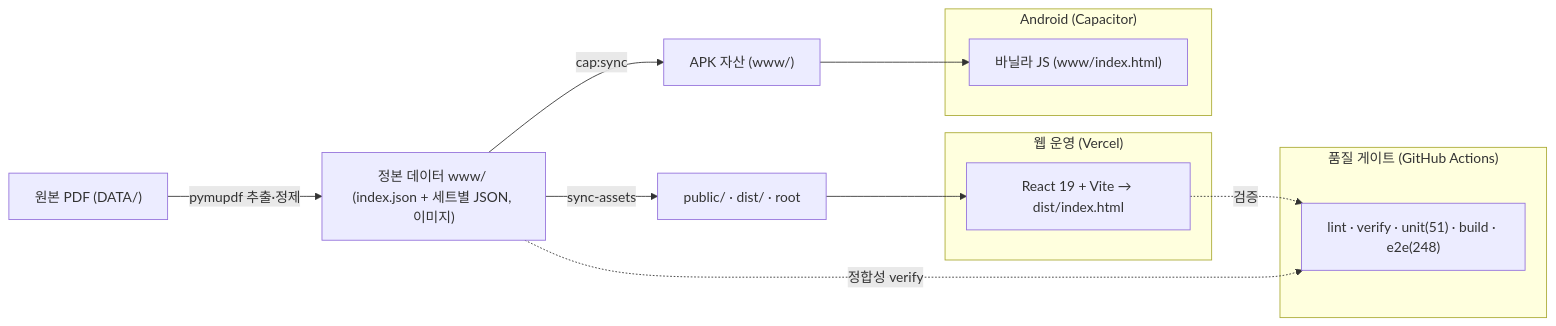
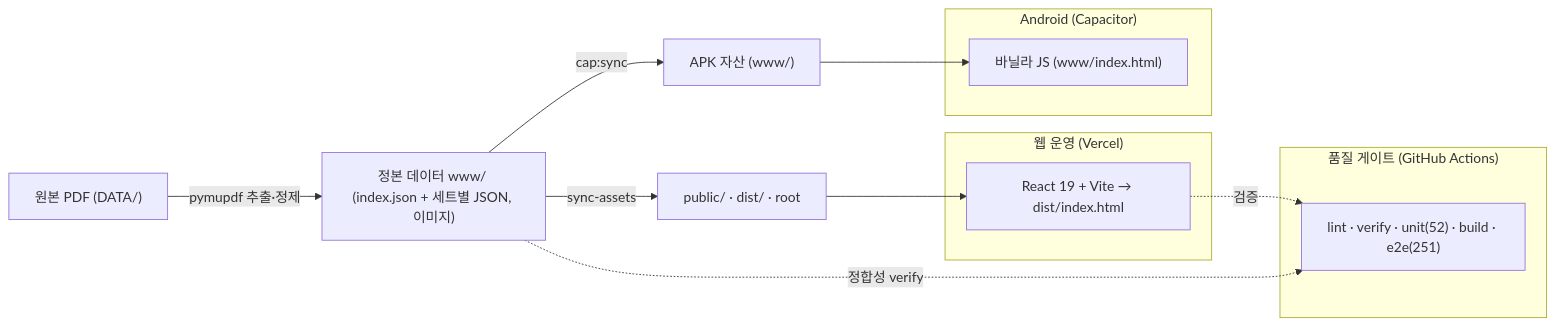
One commit to WindowHyun/ISTQB changed the diagram in README.md. Above: the diagram before and after it, drawn with Mermaid. The commit also changed other lines of this file and 21 other files, not shown here.

````diff
--- a/README.md
+++ b/README.md
@@ -165,21 +165,21 @@
 ```mermaid
 flowchart LR
   PDF["원본 PDF (DATA/)"] -->|pymupdf 추출·정제| SRC["정본 데이터 www/ (index.json + 세트별 JSON, 이미지)"]
   SRC -->|sync-assets| PUB["public/ · dist/ · root"]
   SRC -->|cap:sync| WWW["APK 자산 (www/)"]
 
   subgraph 웹_운영["웹 운영 (Vercel)"]
     REACT["React 19 + Vite → dist/index.html"]
   end
   subgraph APK["Android (Capacitor)"]
     VANILLA["바닐라 JS (www/index.html)"]
   end
   PUB --> REACT
   WWW --> VANILLA
 
   subgraph 품질["품질 게이트 (GitHub Actions)"]
-    CI["lint · verify · unit(51) · build · e2e(248)"]
+    CI["lint · verify · unit(52) · build · e2e(251)"]
   end
   REACT -.검증.-> CI
   SRC -.정합성 verify.-> CI
 ```
````
